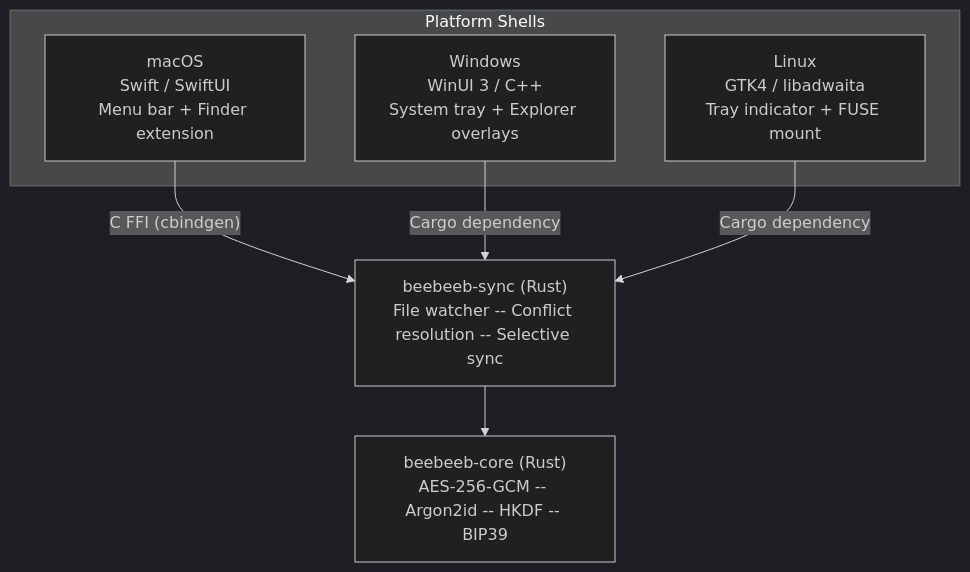
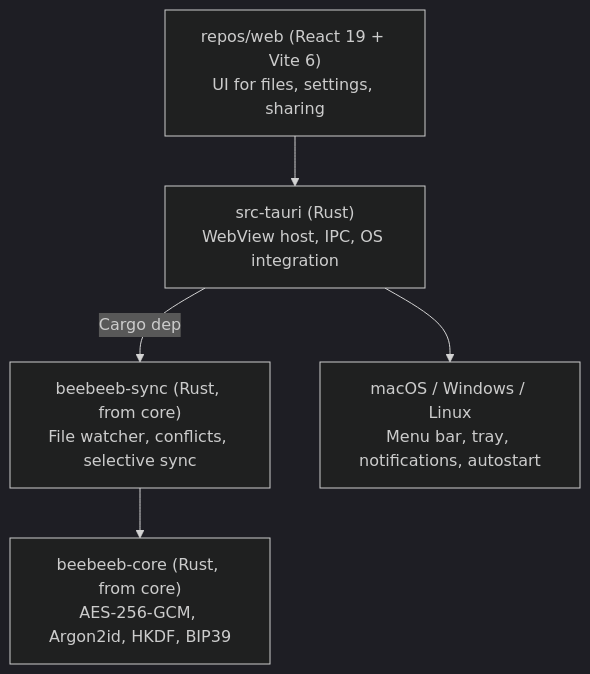
The diagram in README.md (beebeeb-io/desktop), drawn with Mermaid (dark theme) before and after one commit. The commit also changed other lines of this file and 1 other file, not shown here.

Commit message:
docs(readme): adopt org README system

````diff
--- a/README.md
+++ b/README.md
@@ -41,16 +41,13 @@
 ```mermaid
 graph TD
-    subgraph "Platform Shells"
-        MAC["macOS<br/>Swift / SwiftUI<br/>Menu bar + Finder extension"]
-        WIN["Windows<br/>WinUI 3 / C++<br/>System tray + Explorer overlays"]
-        LIN["Linux<br/>GTK4 / libadwaita<br/>Tray indicator + FUSE mount"]
-    end
+    WEB["repos/web (React 19 + Vite 6)<br/>UI for files, settings, sharing"]
+    TAURI["src-tauri (Rust)<br/>WebView host, IPC, OS integration"]
+    SYNC["beebeeb-sync (Rust, from core)<br/>File watcher, conflicts, selective sync"]
+    CORE["beebeeb-core (Rust, from core)<br/>AES-256-GCM, Argon2id, HKDF, BIP39"]
+    OS["macOS / Windows / Linux<br/>Menu bar, tray, notifications, autostart"]
 
-    SYNC["beebeeb-sync (Rust)<br/>File watcher -- Conflict resolution -- Selective sync"]
-    CORE["beebeeb-core (Rust)<br/>AES-256-GCM -- Argon2id -- HKDF -- BIP39"]
-
-    MAC -- "C FFI (cbindgen)" --> SYNC
-    WIN -- "Cargo dependency" --> SYNC
-    LIN -- "Cargo dependency" --> SYNC
+    WEB --> TAURI
+    TAURI -- "Cargo dep" --> SYNC
     SYNC --> CORE
+    TAURI --> OS
 ```
````
